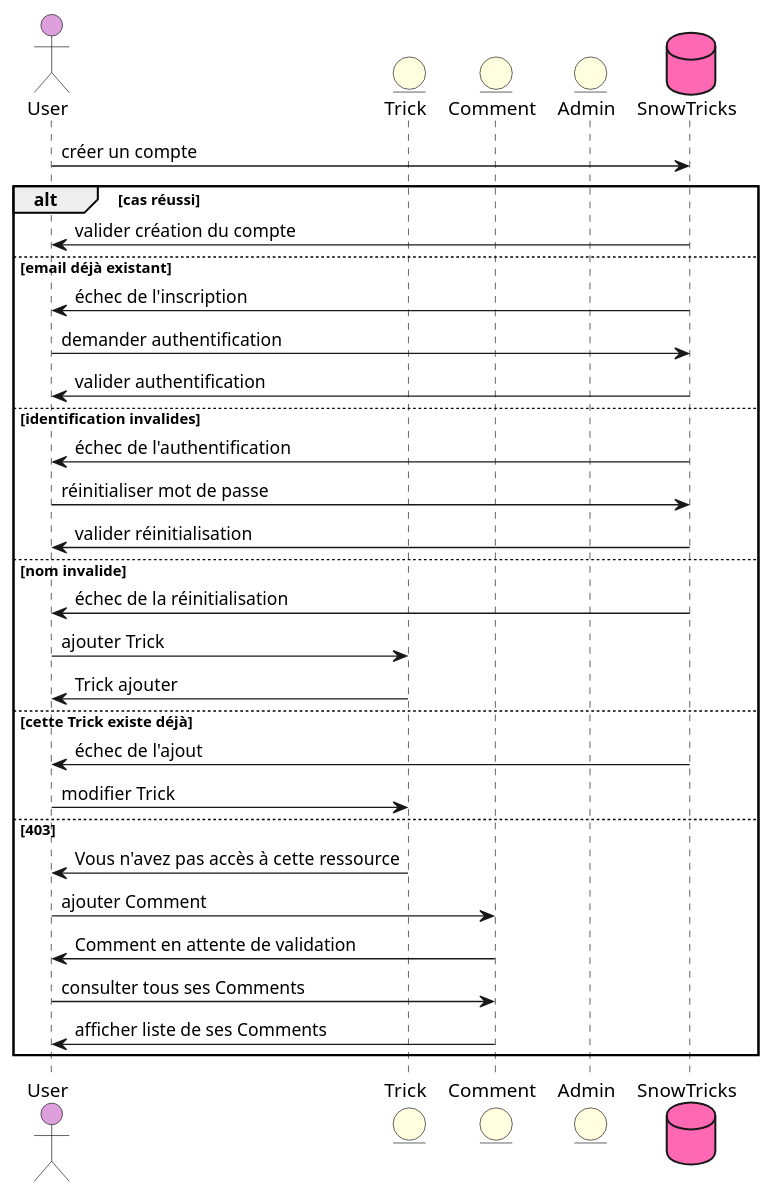
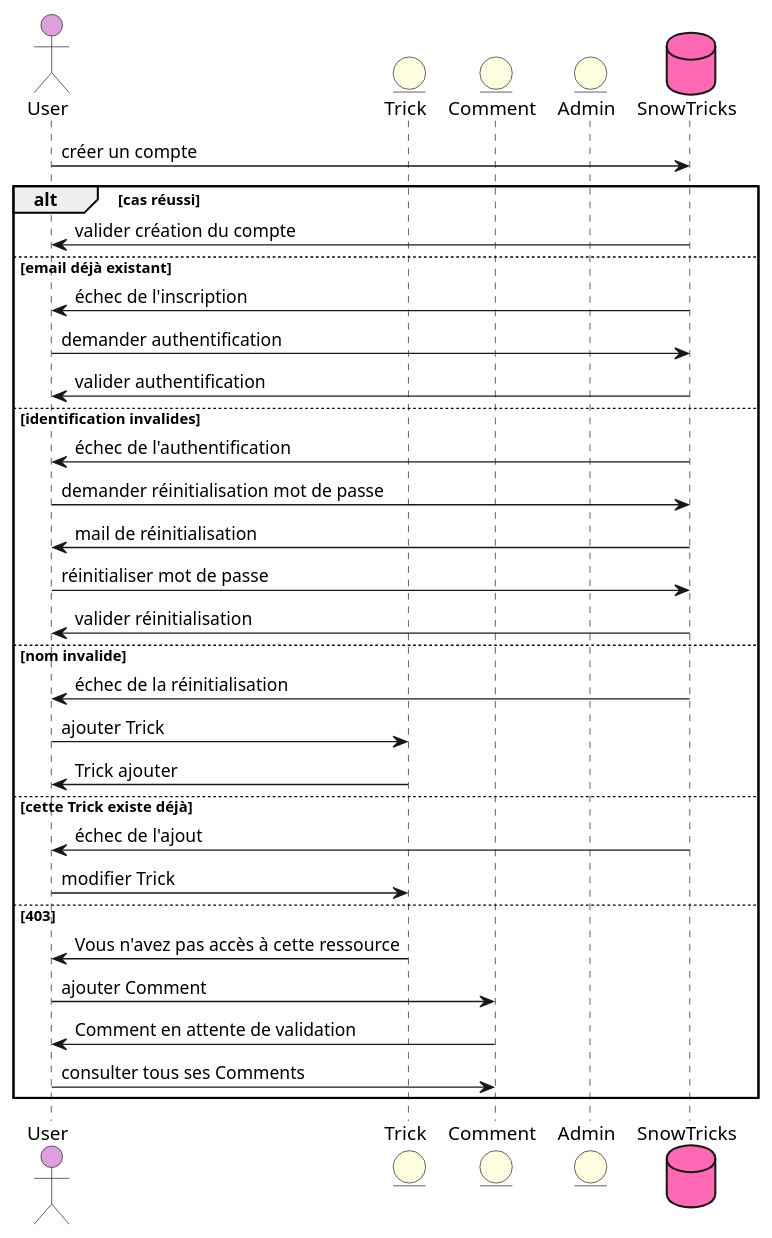
Before and after one commit to laurasullyalexandrine/SnowTricks: the diagram in diagrammes-uml/Sequence/UserSequence.puml, drawn with PlantUML.

```diff
--- a/diagrammes-uml/Sequence/UserSequence.puml
+++ b/diagrammes-uml/Sequence/UserSequence.puml
@@ -1,47 +1,48 @@
 @startuml UserSequence
 
 skinparam responseCommentBelowArrow true
 skinparam SequenceCommentAlignment center
 
 actor User as User #Plum
 
 entity Trick as Trick #LightYellow
 entity Comment as Comment #LightYellow
 entity Admin as Admin #LightYellow
 
 database SnowTricks as SnowTricks #HotPink
 
 User -> SnowTricks: créer un compte
 alt cas réussi
 SnowTricks-> User: valider création du compte
 else email déjà existant 
 SnowTricks-> User: échec de l'inscription
 
 User -> SnowTricks: demander authentification 
 SnowTricks-> User: valider authentification 
 else identification invalides
 SnowTricks-> User: échec de l'authentification
 
+User -> SnowTricks: demander réinitialisation mot de passe
+SnowTricks-> User: mail de réinitialisation
+
 User -> SnowTricks: réinitialiser mot de passe 
 SnowTricks-> User: valider réinitialisation 
 else nom invalide
 SnowTricks-> User: échec de la réinitialisation
 
 User -> Trick: ajouter Trick 
 Trick-> User: Trick ajouter 
 else cette Trick existe déjà
 SnowTricks-> User: échec de l'ajout
 
 User -> Trick: modifier Trick 
 else 403
 Trick -> User: Vous n'avez pas accès à cette ressource
 
 User -> Comment: ajouter Comment
 Comment -> User: Comment en attente de validation
+User -> Comment: consulter tous ses Comments
 
-
-User -> Comment: consulter tous ses Comments
-Comment -> User: afficher liste de ses Comments
 
 end
 @enduml
```
